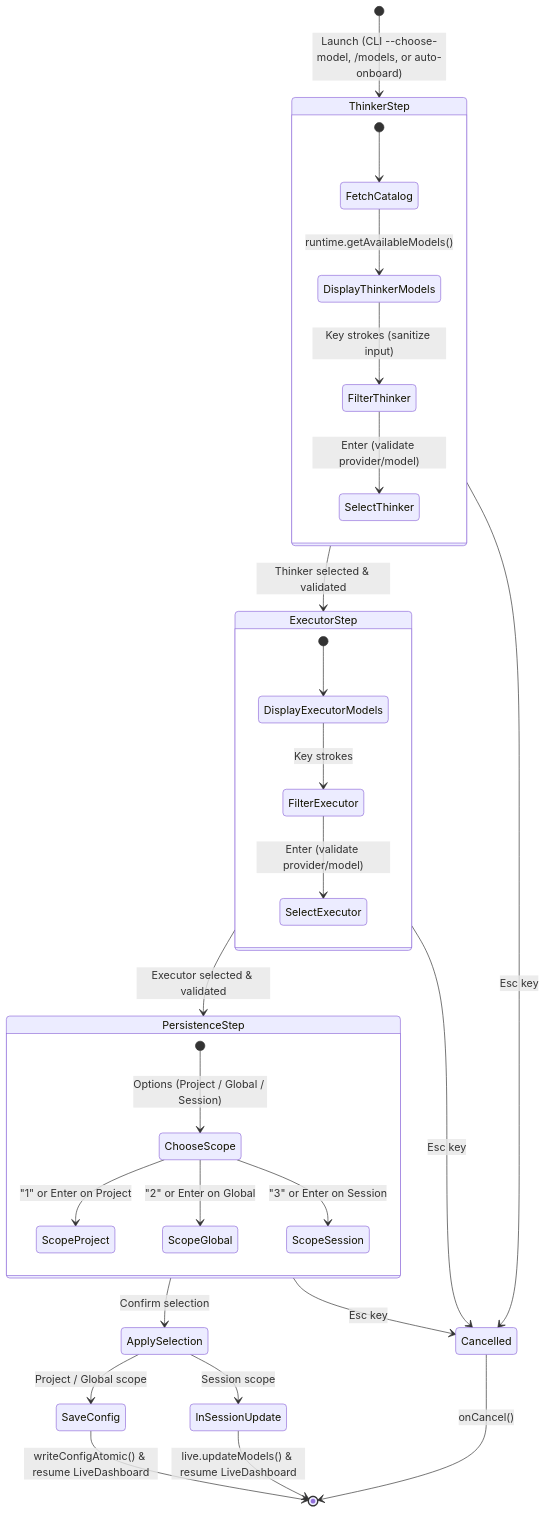
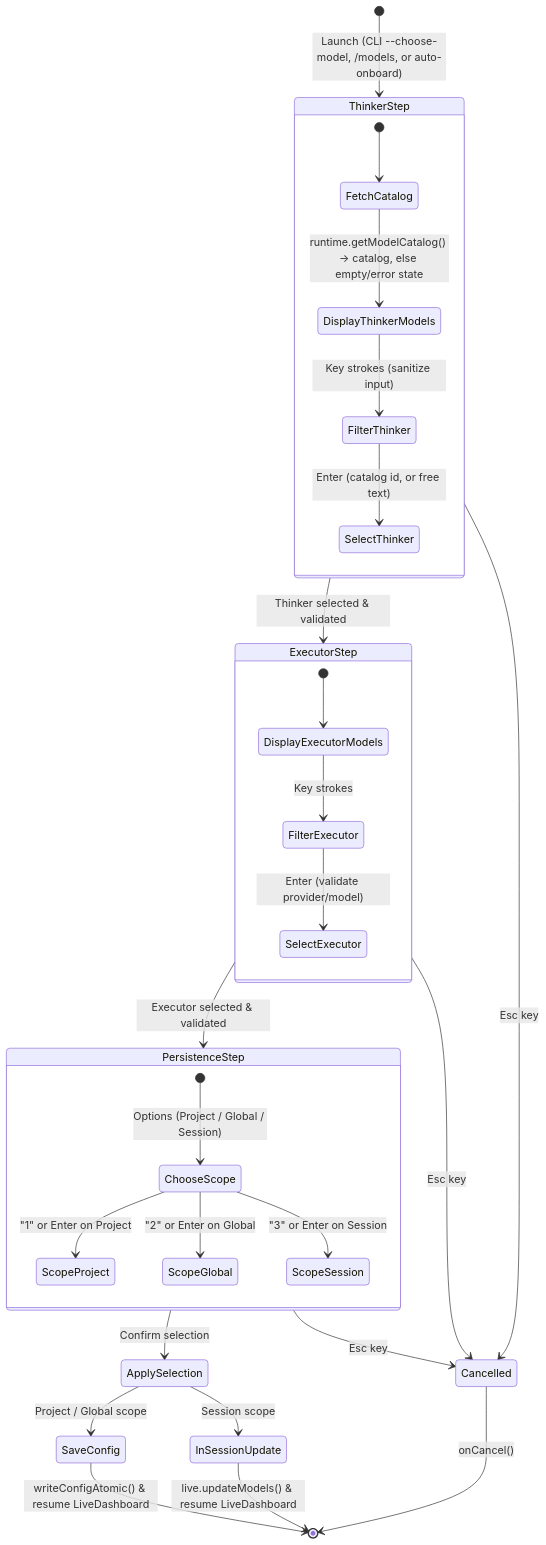
Before and after one commit to dahch/huginn: diagram 23 of 29 in DESIGN.md, drawn with Mermaid. The commit also changed other lines of this file and 2 other files, not shown here.

````diff
--- a/DESIGN.md
+++ b/DESIGN.md
@@ -1948,39 +1956,39 @@
 ```mermaid
 stateDiagram-v2
     [*] --> ThinkerStep: Launch (CLI --choose-model, /models, or auto-onboard)
 
     state ThinkerStep {
         [*] --> FetchCatalog
-        FetchCatalog --> DisplayThinkerModels: runtime.getAvailableModels()
+        FetchCatalog --> DisplayThinkerModels: runtime.getModelCatalog() → catalog, else empty/error state
         DisplayThinkerModels --> FilterThinker: Key strokes (sanitize input)
-        FilterThinker --> SelectThinker: Enter (validate provider/model)
+        FilterThinker --> SelectThinker: Enter (catalog id, or free text)
     }
 
     ThinkerStep --> ExecutorStep: Thinker selected & validated
 
     state ExecutorStep {
         [*] --> DisplayExecutorModels
         DisplayExecutorModels --> FilterExecutor: Key strokes
         FilterExecutor --> SelectExecutor: Enter (validate provider/model)
     }
 
     ExecutorStep --> PersistenceStep: Executor selected & validated
 
     state PersistenceStep {
         [*] --> ChooseScope: Options (Project / Global / Session)
         ChooseScope --> ScopeProject: "1" or Enter on Project
         ChooseScope --> ScopeGlobal: "2" or Enter on Global
         ChooseScope --> ScopeSession: "3" or Enter on Session
     }
 
     PersistenceStep --> ApplySelection: Confirm selection
     ApplySelection --> SaveConfig: Project / Global scope
     ApplySelection --> InSessionUpdate: Session scope
     SaveConfig --> [*]: writeConfigAtomic() & resume LiveDashboard
     InSessionUpdate --> [*]: live.updateModels() & resume LiveDashboard
 
     ThinkerStep --> Cancelled: Esc key
     ExecutorStep --> Cancelled: Esc key
     PersistenceStep --> Cancelled: Esc key
     Cancelled --> [*]: onCancel()
 ```
````
